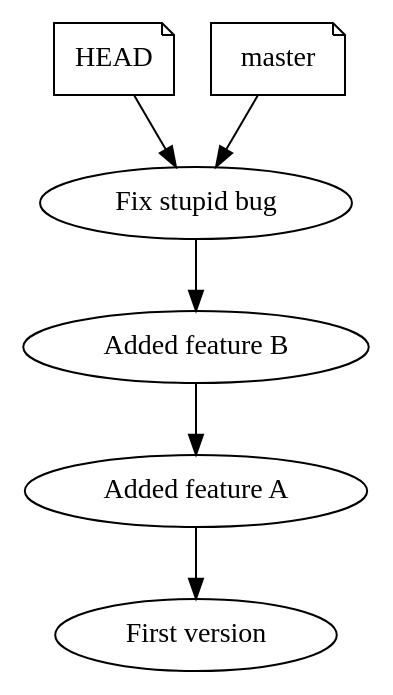
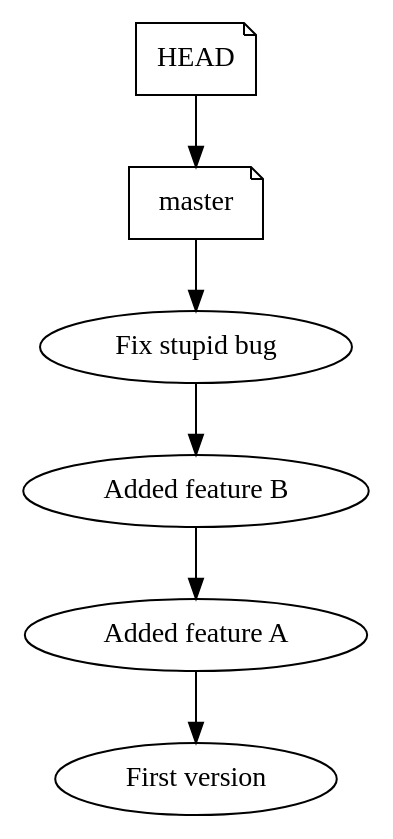
Before and after one commit to rjw57/do-you-git-it: the diagram in single_dude.dot, drawn with Graphviz. The commit also changed 9 other files, not shown here.

```diff
--- a/single_dude.dot
+++ b/single_dude.dot
@@ -1,9 +1,9 @@
 digraph single_dude {
     "HEAD" [ shape=note ];
     "master" [ shape=note ];
 
-    "HEAD" -> "Fix stupid bug";
+    "HEAD" -> "master";
     "master" -> "Fix stupid bug";
 
     "Fix stupid bug" -> "Added feature B" -> "Added feature A" -> "First version";
 }
```
